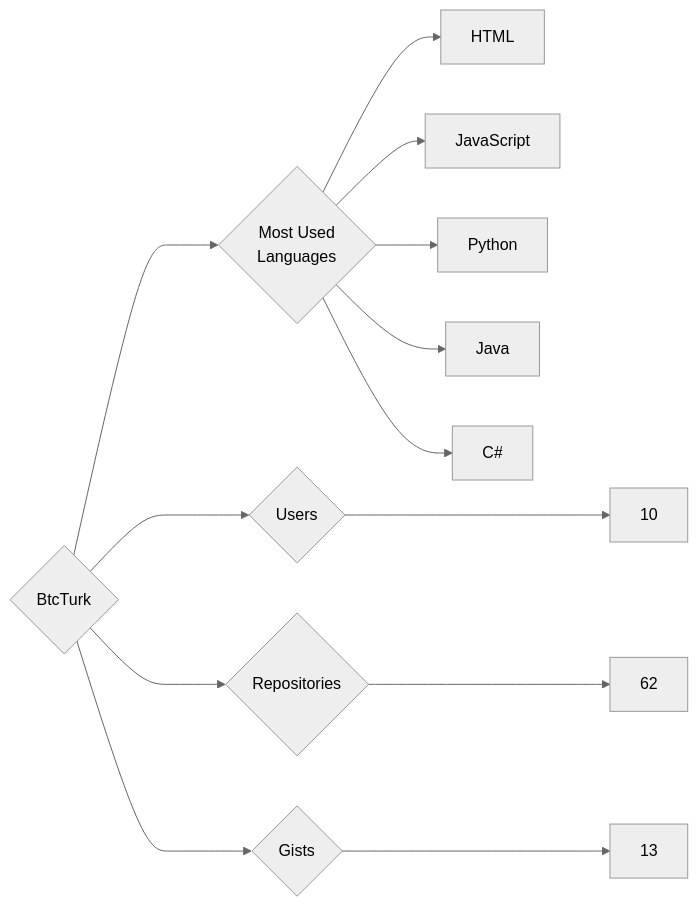
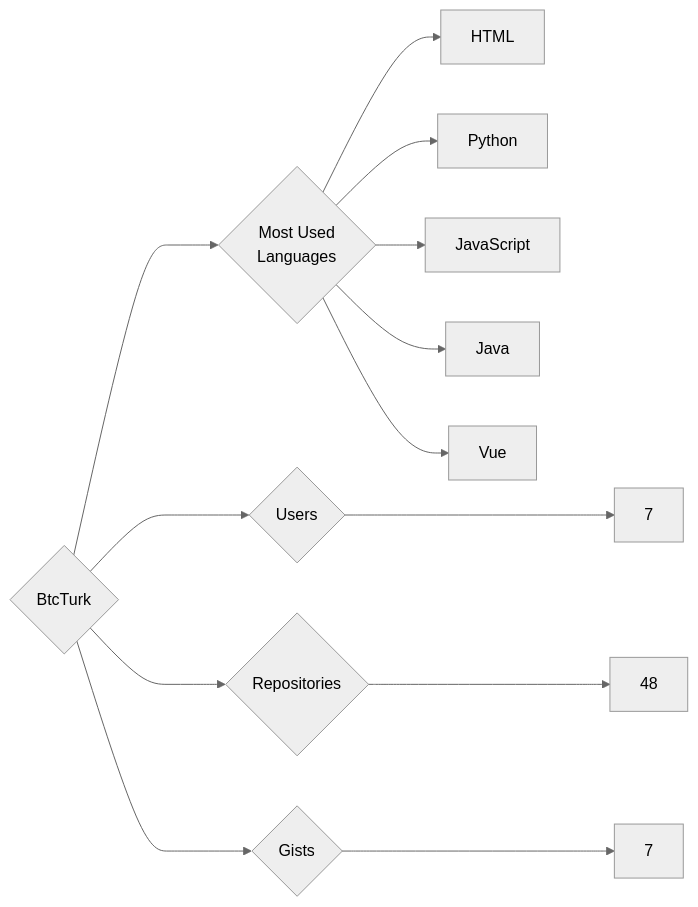
The diagram in targets/BtcTurk/README.md (trickest/insiders), drawn with Mermaid (neutral theme) before and after one commit. The commit also changed 1030 other files, not shown here.

````diff
--- a/targets/BtcTurk/README.md
+++ b/targets/BtcTurk/README.md
@@ -3,13 +3,13 @@
 ```mermaid
 graph LR
 COMPANY_NAME{BtcTurk}
-COMPANY_NAME ---> U{Users} ---> UN[10]
-COMPANY_NAME ---> R{Repositories} ---> RN[62]
-COMPANY_NAME ---> G{Gists} ---> GN[13]
+COMPANY_NAME ---> U{Users} ---> UN[7]
+COMPANY_NAME ---> R{Repositories} ---> RN[48]
+COMPANY_NAME ---> G{Gists} ---> GN[7]
 COMPANY_NAME ---> ML{Most Used<br>Languages}
 ML --> HTML[HTML]
+ML --> Python[Python]
 ML --> JavaScript[JavaScript]
-ML --> Python[Python]
 ML --> Java[Java]
-ML --> C#[C#]
+ML --> Vue[Vue]
 ```
````
